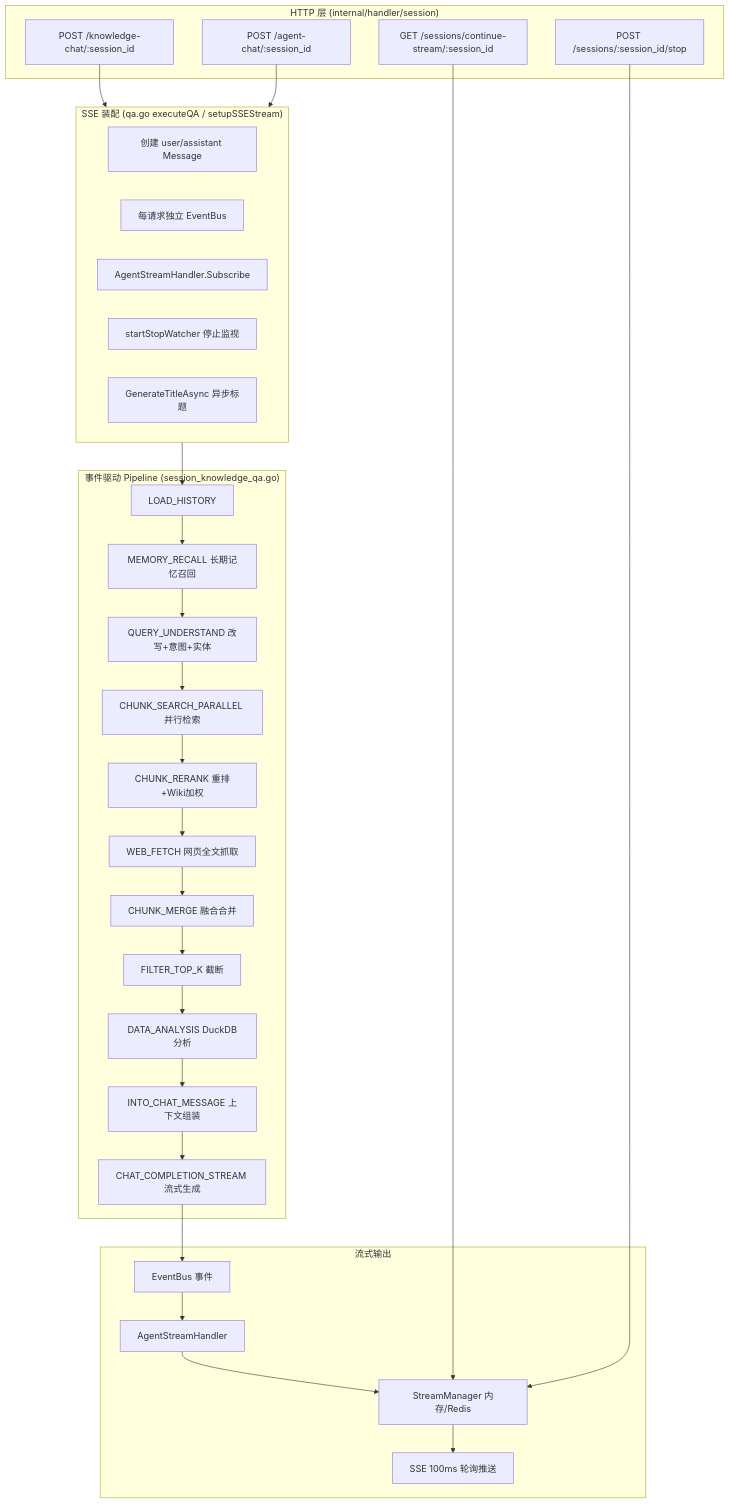
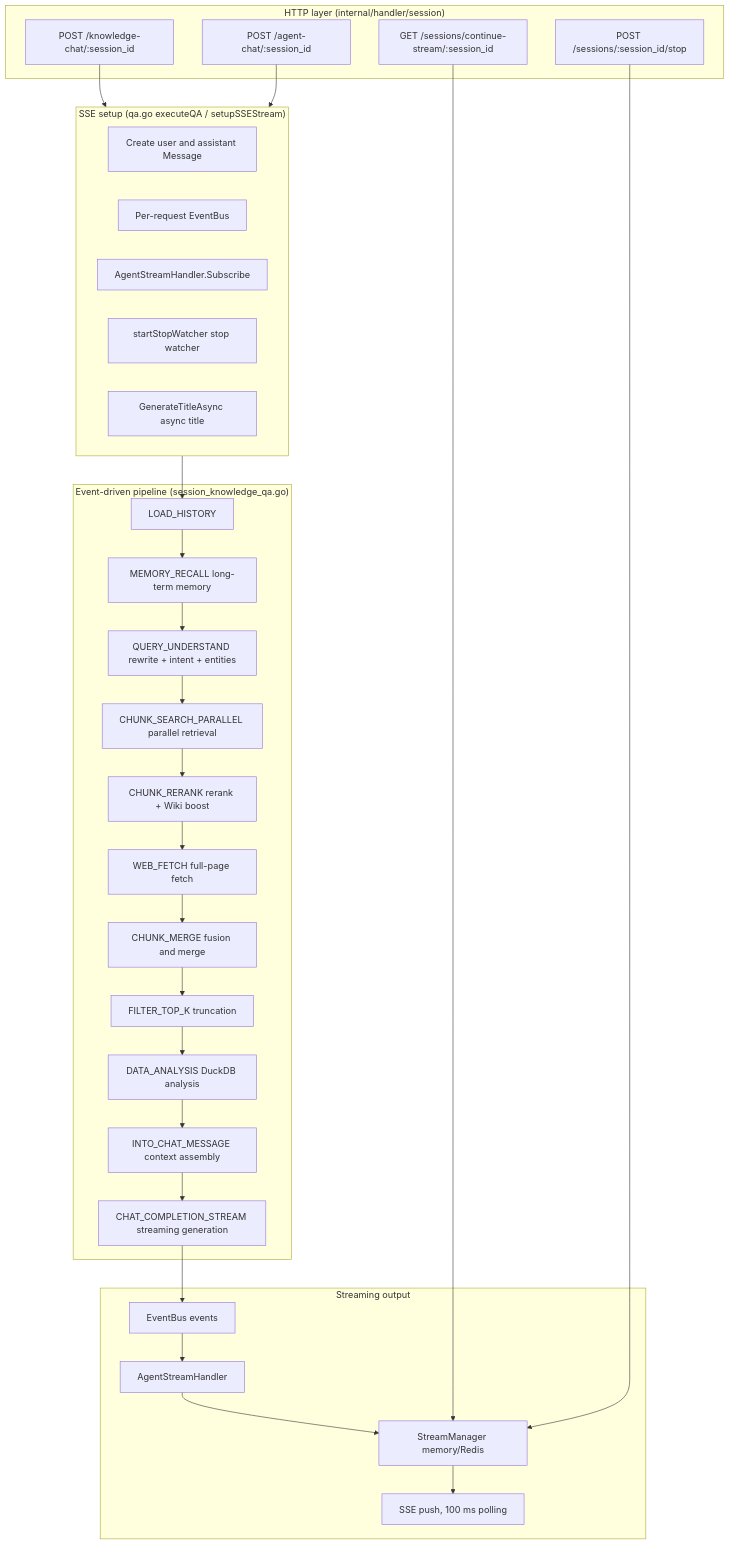
One commit to jrmatherly/ai-kb changed the first of 3 diagrams in website-docs/02-architecture/04-rag-pipeline.md. Above: the diagram before and after it, drawn with Mermaid. The commit also changed other lines of this file and 7 other files, not shown here.

First line of the commit message:
docs(architecture): translate to English, rebrand to AI KB, verify against code

````diff
--- a/website-docs/02-architecture/04-rag-pipeline.md
+++ b/website-docs/02-architecture/04-rag-pipeline.md
@@ -9,45 +9,45 @@
 ```mermaid
 flowchart TD
-    subgraph HTTP["HTTP 层 (internal/handler/session)"]
+    subgraph HTTP["HTTP layer (internal/handler/session)"]
         A1["POST /knowledge-chat/:session_id"]
         A2["POST /agent-chat/:session_id"]
         A3["GET /sessions/continue-stream/:session_id"]
         A4["POST /sessions/:session_id/stop"]
     end
 
-    subgraph Setup["SSE 装配 (qa.go executeQA / setupSSEStream)"]
-        B1["创建 user/assistant Message"]
-        B2["每请求独立 EventBus"]
+    subgraph Setup["SSE setup (qa.go executeQA / setupSSEStream)"]
+        B1["Create user and assistant Message"]
+        B2["Per-request EventBus"]
         B3["AgentStreamHandler.Subscribe"]
-        B4["startStopWatcher 停止监视"]
-        B5["GenerateTitleAsync 异步标题"]
+        B4["startStopWatcher stop watcher"]
+        B5["GenerateTitleAsync async title"]
     end
 
-    subgraph Pipeline["事件驱动 Pipeline (session_knowledge_qa.go)"]
+    subgraph Pipeline["Event-driven pipeline (session_knowledge_qa.go)"]
         C0["LOAD_HISTORY"]
-        CM["MEMORY_RECALL 长期记忆召回"]
-        C1["QUERY_UNDERSTAND 改写+意图+实体"]
-        C2["CHUNK_SEARCH_PARALLEL 并行检索"]
-        C3["CHUNK_RERANK 重排+Wiki加权"]
-        C4["WEB_FETCH 网页全文抓取"]
-        C5["CHUNK_MERGE 融合合并"]
-        C6["FILTER_TOP_K 截断"]
-        C7["DATA_ANALYSIS DuckDB分析"]
-        C8["INTO_CHAT_MESSAGE 上下文组装"]
-        C9["CHAT_COMPLETION_STREAM 流式生成"]
+        CM["MEMORY_RECALL long-term memory"]
+        C1["QUERY_UNDERSTAND rewrite + intent + entities"]
+        C2["CHUNK_SEARCH_PARALLEL parallel retrieval"]
+        C3["CHUNK_RERANK rerank + Wiki boost"]
+        C4["WEB_FETCH full-page fetch"]
+        C5["CHUNK_MERGE fusion and merge"]
+        C6["FILTER_TOP_K truncation"]
+        C7["DATA_ANALYSIS DuckDB analysis"]
+        C8["INTO_CHAT_MESSAGE context assembly"]
+        C9["CHAT_COMPLETION_STREAM streaming generation"]
     end
 
-    subgraph Streaming["流式输出"]
-        D1["EventBus 事件"]
+    subgraph Streaming["Streaming output"]
+        D1["EventBus events"]
         D2["AgentStreamHandler"]
-        D3["StreamManager 内存/Redis"]
-        D4["SSE 100ms 轮询推送"]
+        D3["StreamManager memory/Redis"]
+        D4["SSE push, 100 ms polling"]
     end
 
     A1 --> Setup
     A2 --> Setup
     Setup --> C0 --> CM --> C1 --> C2 --> C3 --> C4 --> C5 --> C6 --> C7 --> C8 --> C9
     C9 --> D1 --> D2 --> D3 --> D4
     A3 --> D3
     A4 --> D3
 ```
````
